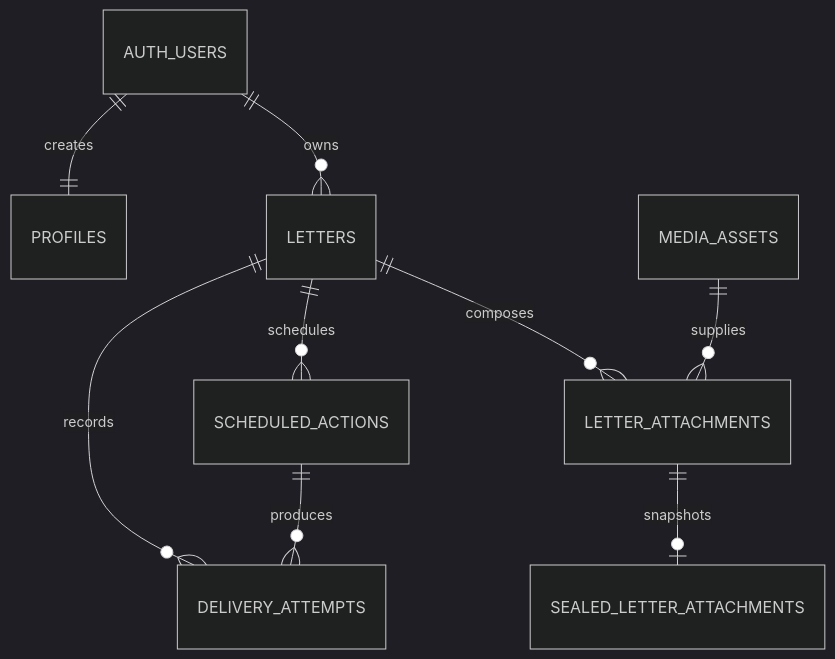
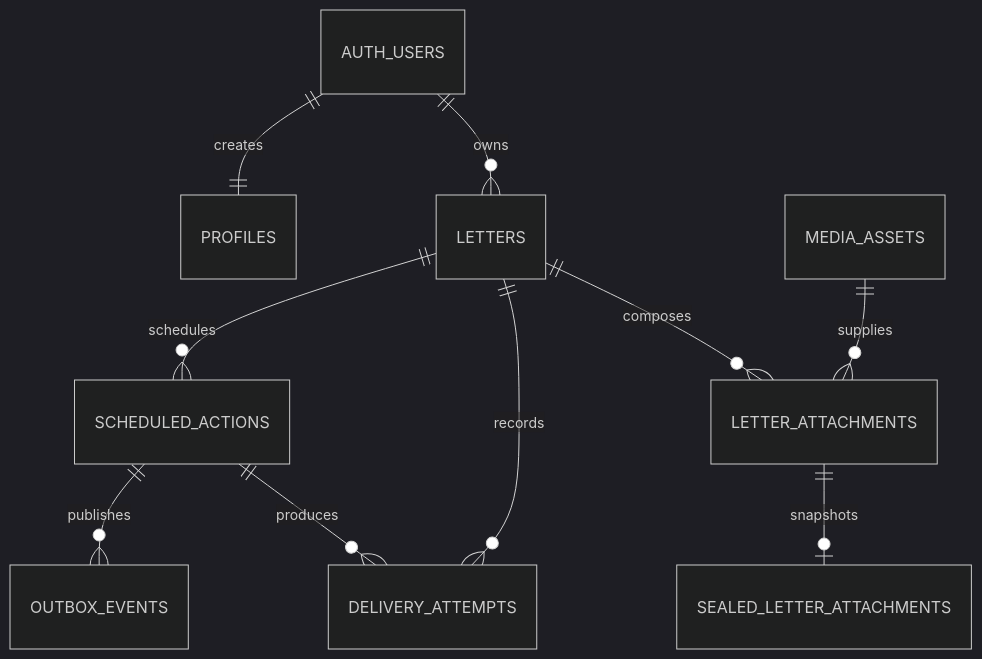
One commit to khoadanwneee/PostDrop changed the third of 4 diagrams in docs/system-architecture.md. Above: the diagram before and after it, drawn with Mermaid (dark theme). The commit also changed other lines of this file and 22 other files, not shown here.

```diff
--- a/docs/system-architecture.md
+++ b/docs/system-architecture.md
@@ -153,11 +166,12 @@
 ~~~mermaid
 erDiagram
     AUTH_USERS ||--|| PROFILES : creates
     AUTH_USERS ||--o{ LETTERS : owns
     LETTERS ||--o{ SCHEDULED_ACTIONS : schedules
+    SCHEDULED_ACTIONS ||--o{ OUTBOX_EVENTS : publishes
     LETTERS ||--o{ DELIVERY_ATTEMPTS : records
     LETTERS ||--o{ LETTER_ATTACHMENTS : composes
     MEDIA_ASSETS ||--o{ LETTER_ATTACHMENTS : supplies
     LETTER_ATTACHMENTS ||--o| SEALED_LETTER_ATTACHMENTS : snapshots
     SCHEDULED_ACTIONS ||--o{ DELIVERY_ATTEMPTS : produces
 ~~~
```
